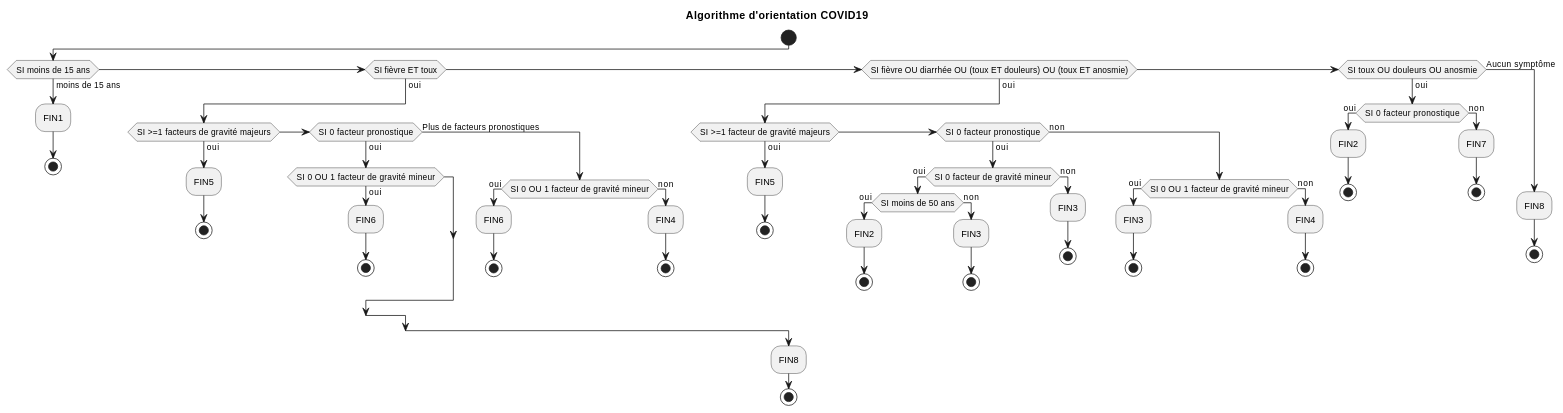
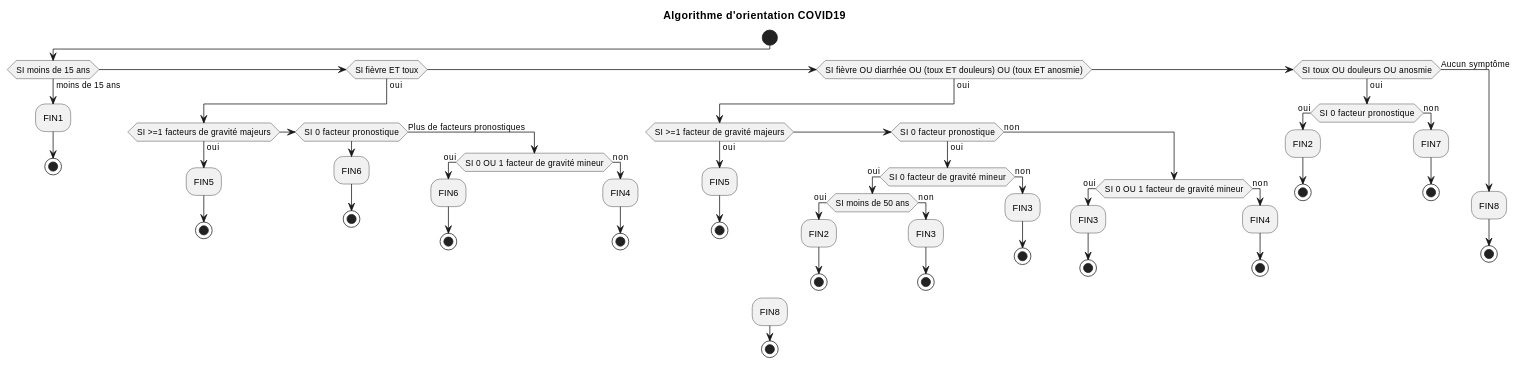
One commit to bzg/covid19-algorithme-orientation changed the diagram in diagramme.org. Above: the diagram before and after it, drawn with PlantUML. The commit also changed 1 other file, not shown here.

Commit message:
Update diagram with latest decision tree

```diff
--- a/diagramme.org
+++ b/diagramme.org
@@ -1,75 +1,73 @@
 #+begin_src plantuml :file diagramme-algorithme-orientation-covid19.png
 @startuml
 title Algorithme d'orientation COVID19
 
 start
 
 if (SI moins de 15 ans) then (moins de 15 ans)
    :FIN1;
    stop
 
 elseif (SI fièvre ET toux) then (oui)
        if (SI >=1 facteurs de gravité majeurs) then (oui)
           :FIN5;
           stop
-       elseif (SI 0 facteur pronostique) then (oui)
-          if (SI 0 OU 1 facteur de gravité mineur) then (oui)
-             :FIN6;
-             stop
-          endif
+       elseif (SI 0 facteur pronostique) then 
+          :FIN6;
+          stop
        else (Plus de facteurs pronostiques)
           if (SI 0 OU 1 facteur de gravité mineur) then (oui)
              :FIN6;
              stop
           else (non)
              :FIN4;
              stop
           endif
        endif
 
 elseif (SI fièvre OU diarrhée OU (toux ET douleurs) OU (toux ET anosmie)) then (oui)
        if (SI >=1 facteur de gravité majeurs) then (oui)
           :FIN5;
           stop
        elseif (SI 0 facteur pronostique) then (oui)
            if (SI 0 facteur de gravité mineur) then (oui)
               if (SI moins de 50 ans) then (oui)
                  :FIN2;
                  stop;
               else (non)
                  :FIN3;
                  stop;
               endif
            else (non)
               :FIN3;
               stop;
            endif
         else (non)
            if (SI 0 OU 1 facteur de gravité mineur) then (oui)
               :FIN3;
               stop
            else (non)
               :FIN4;
               stop
            endif
         endif
 
 elseif (SI toux OU douleurs OU anosmie) then (oui)
        if (SI 0 facteur pronostique) then (oui)
           :FIN2;
           stop
        else (non)
           :FIN7;
           stop
        endif
 
 else (Aucun symptôme)
      :FIN8;
      stop
 endif
 
 :FIN8;
 stop
 
 @enduml
 #+end_src
```
